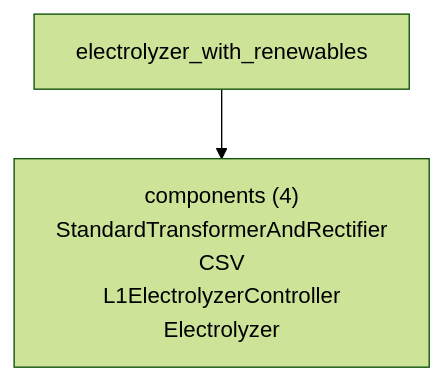
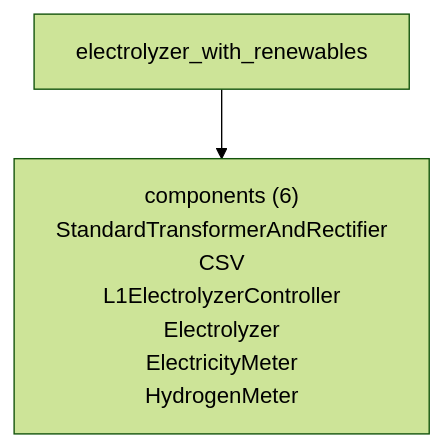
Before and after one commit to FZJ-IEK3-VSA/HiSim: diagram 20 of 22 in roadmap/declarative_energy_systems/grouping_overview.md, drawn with Mermaid (forest theme). The commit also changed other lines of this file and 31 other files, not shown here.

````diff
--- a/roadmap/declarative_energy_systems/grouping_overview.md
+++ b/roadmap/declarative_energy_systems/grouping_overview.md
@@ -818,7 +818,7 @@
 ```mermaid
 flowchart TD
     setup["electrolyzer_with_renewables"]
-    components["components (4)<br/>StandardTransformerAndRectifier<br/>CSV<br/>L1ElectrolyzerController<br/>Electrolyzer"]
+    components["components (6)<br/>StandardTransformerAndRectifier<br/>CSV<br/>L1ElectrolyzerController<br/>Electrolyzer<br/>ElectricityMeter<br/>HydrogenMeter"]
 
     setup --> components
 ```
````
